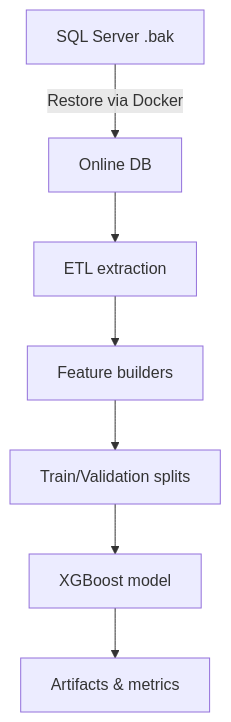
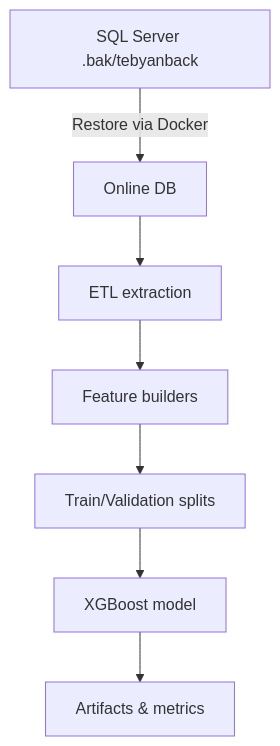
One commit to AmirMottaghiZadeh/Pharmacystore_Project changed the diagram in README.md. Above: the diagram before and after it, drawn with Mermaid. The commit also changed other lines of this file, not shown here.

First line of the commit message:
Add support for '.tebyanback' files in README

````diff
--- a/README.md
+++ b/README.md
@@ -69,9 +69,9 @@
 ```mermaid
 flowchart TD
-    A[SQL Server .bak] -->|Restore via Docker| B[Online DB]
+    A[SQL Server .bak/tebyanback] -->|Restore via Docker| B[Online DB]
     B --> C[ETL extraction]
     C --> D[Feature builders]
     D --> E[Train/Validation splits]
     E --> F[XGBoost model]
     F --> G[Artifacts & metrics]
 ```
````
